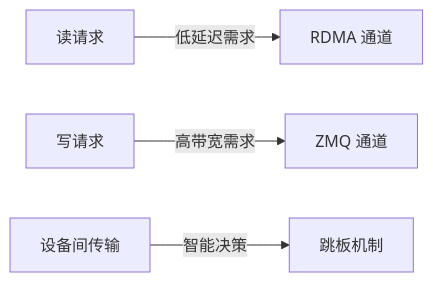
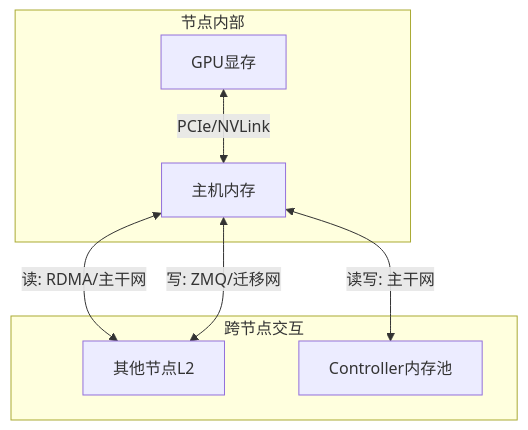
One commit to hiicl/Helios-Calculation changed the fourth of 6 diagrams in README.md. Above: the diagram before and after it, drawn with Mermaid. The commit also changed other lines of this file, not shown here.

````diff
--- a/README.md
+++ b/README.md
@@ -219,6 +219,12 @@
 ```mermaid
-graph LR
-  R[读请求] -->|低延迟需求| RDMA[RDMA 通道]
-  W[写请求] -->|高带宽需求| ZMQ[ZMQ 通道]
-  C[设备间传输] -->|智能决策| PLANK[跳板机制]
+graph TB
+  subgraph 节点内部
+    L1[GPU显存] <-->|PCIe/NVLink| L2[主机内存]
+  end
+  
+  subgraph 跨节点交互
+    L2 <-->|读: RDMA/主干网| L2_Other[其他节点L2]
+    L2 <-->|写: ZMQ/迁移网| L2_Other
+    L2 <-->|读写: 主干网| L3[Controller内存池]
+  end
 ```
````
